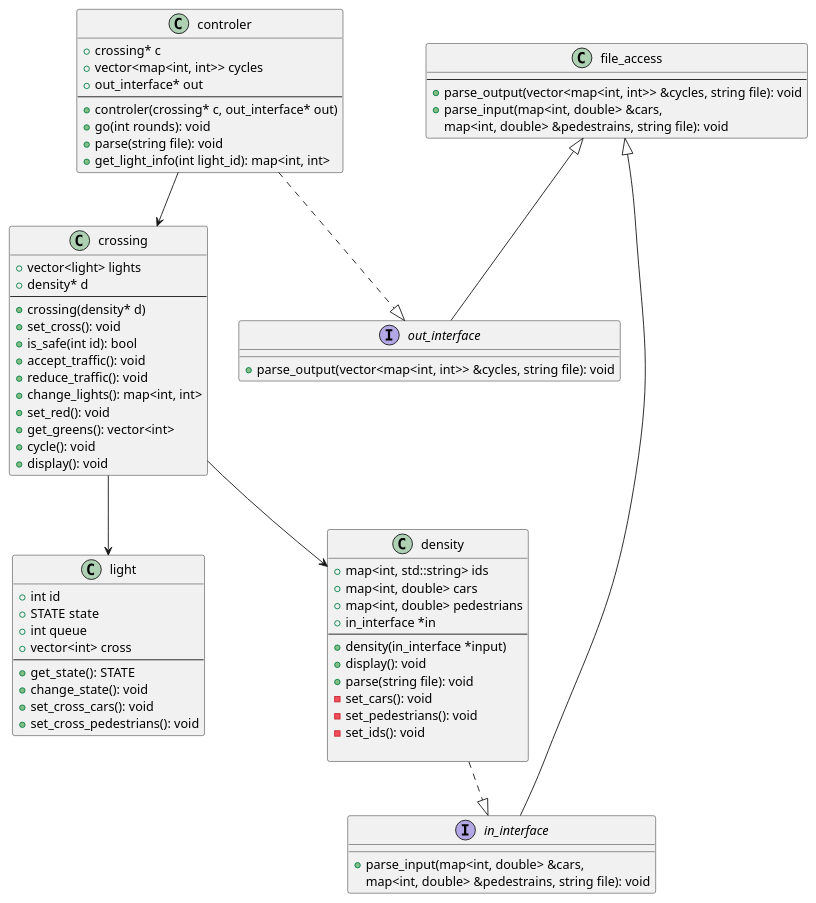
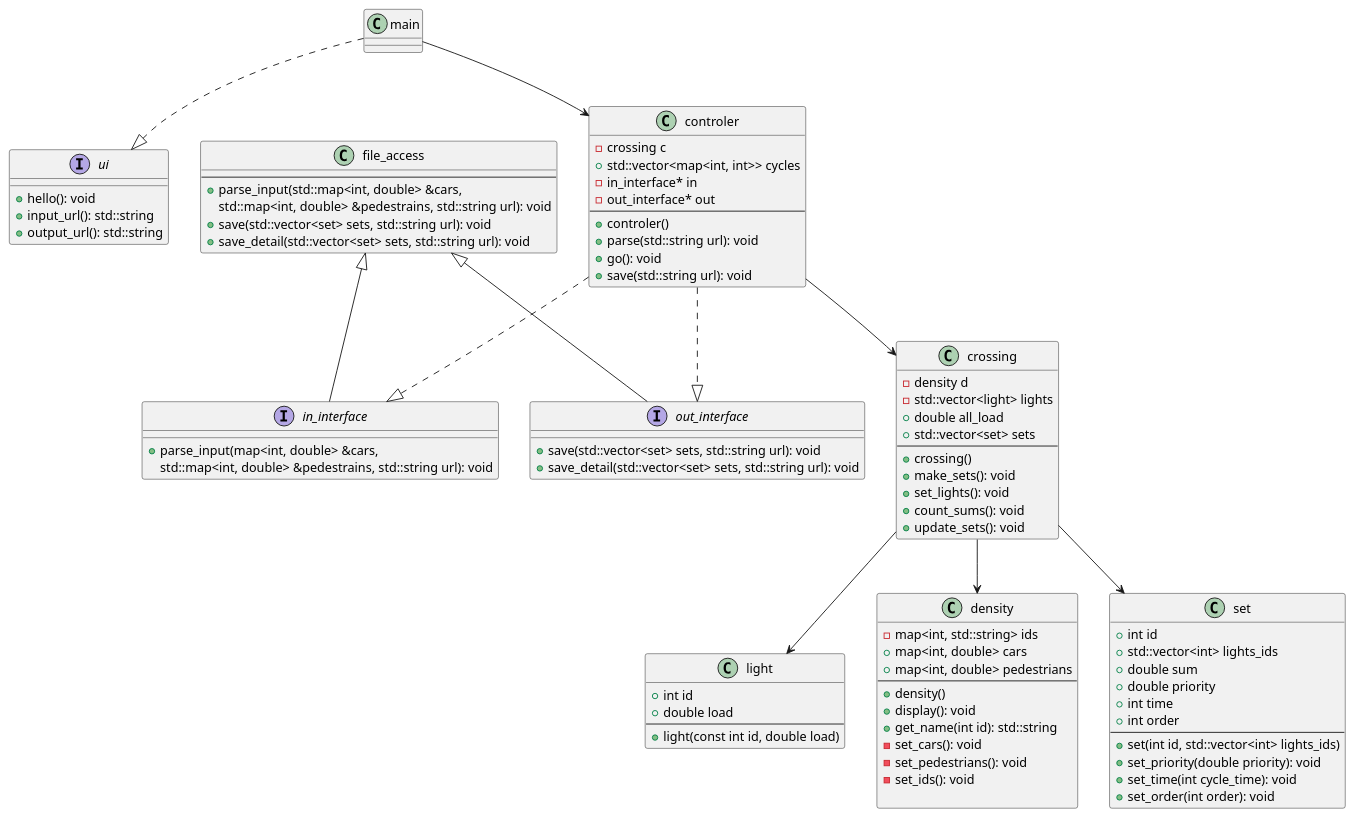
The diagram in docs/class_diagram.puml (kuriataz/traffic-lights), drawn with PlantUML before and after one commit. The commit also changed 4 other files, not shown here.

Commit message:
correct diagrams

```diff
--- a/docs/class_diagram.puml
+++ b/docs/class_diagram.puml
@@ -1,81 +1,102 @@
 @startuml traffic_lights
 
 class controler {
-  + crossing* c
-  + vector<map<int, int>> cycles
-  + out_interface* out
+  - crossing c
+  + std::vector<map<int, int>> cycles
+  - in_interface* in
+  - out_interface* out
   --
-  + controler(crossing* c, out_interface* out)
-  + go(int rounds): void
-  + parse(string file): void
-  + get_light_info(int light_id): map<int, int>
+  + controler()
+  + parse(std::string url): void
+  + go(): void
+  + save(std::string url): void
 }
 
 class crossing {
-  + vector<light> lights
-  + density* d
+  - density d
+  - std::vector<light> lights
+  + double all_load
+  + std::vector<set> sets
   --
-  + crossing(density* d)
-  + set_cross(): void
-  + is_safe(int id): bool
-  + accept_traffic(): void
-  + reduce_traffic(): void
-  + change_lights(): map<int, int>
-  + set_red(): void
-  + get_greens(): vector<int>
-  + cycle(): void
-  + display(): void
+  + crossing()
+  + make_sets(): void
+  + set_lights(): void
+  + count_sums(): void
+  + update_sets(): void
 }
 
 class light {
   + int id
-  + STATE state
-  + int queue
-  + vector<int> cross
+  + double load
   --
-  + get_state(): STATE
-  + change_state(): void
-  + set_cross_cars(): void
-  + set_cross_pedestrians(): void
+  + light(const int id, double load)
 }
 
-class density{
-  + map<int, std::string> ids
+class density {
+  - map<int, std::string> ids
   + map<int, double> cars
   + map<int, double> pedestrians
-  + in_interface *in
   --
-  + density(in_interface *input)
+  + density()
   + display(): void
-  + parse(string file): void
+  + get_name(int id): std::string
   - set_cars(): void
   - set_pedestrians(): void
   - set_ids(): void
 
 }
 
-class file_access{
+class file_access {
   --
-  + parse_output(vector<map<int, int>> &cycles, string file): void
-  + parse_input(map<int, double> &cars,
-                           map<int, double> &pedestrains, string file): void
+  + parse_input(std::map<int, double> &cars,
+                           std::map<int, double> &pedestrains, std::string url): void
+  + save(std::vector<set> sets, std::string url): void
+  + save_detail(std::vector<set> sets, std::string url): void
+}
+
+class set {
+  + int id
+  + std::vector<int> lights_ids
+  + double sum
+  + double priority
+  + int time
+  + int order
+  --
+  + set(int id, std::vector<int> lights_ids)
+  + set_priority(double priority): void
+  + set_time(int cycle_time): void
+  + set_order(int order): void
 }
 
 interface out_interface {
-  + parse_output(vector<map<int, int>> &cycles, string file): void
+  + save(std::vector<set> sets, std::string url): void
+  + save_detail(std::vector<set> sets, std::string url): void
 }
 
 interface in_interface {
   + parse_input(map<int, double> &cars,
-                           map<int, double> &pedestrains, string file): void
+                           std::map<int, double> &pedestrains, std::string url): void
 }
 
+interface ui {
+  + hello(): void
+  + input_url(): std::string
+  + output_url(): std::string
+}
+
+class main {
+
+}
+
+file_access <|-- in_interface
+file_access <|-- out_interface
 controler --> crossing
 controler ..|> out_interface
+controler ..|> in_interface
 crossing --> light
-density ..|> in_interface
 crossing --> density
-file_access <|-- in_interface
-file_access <|-- out_interface
+crossing --> set
+main ..|> ui
+main --> controler
 
 @enduml
```
